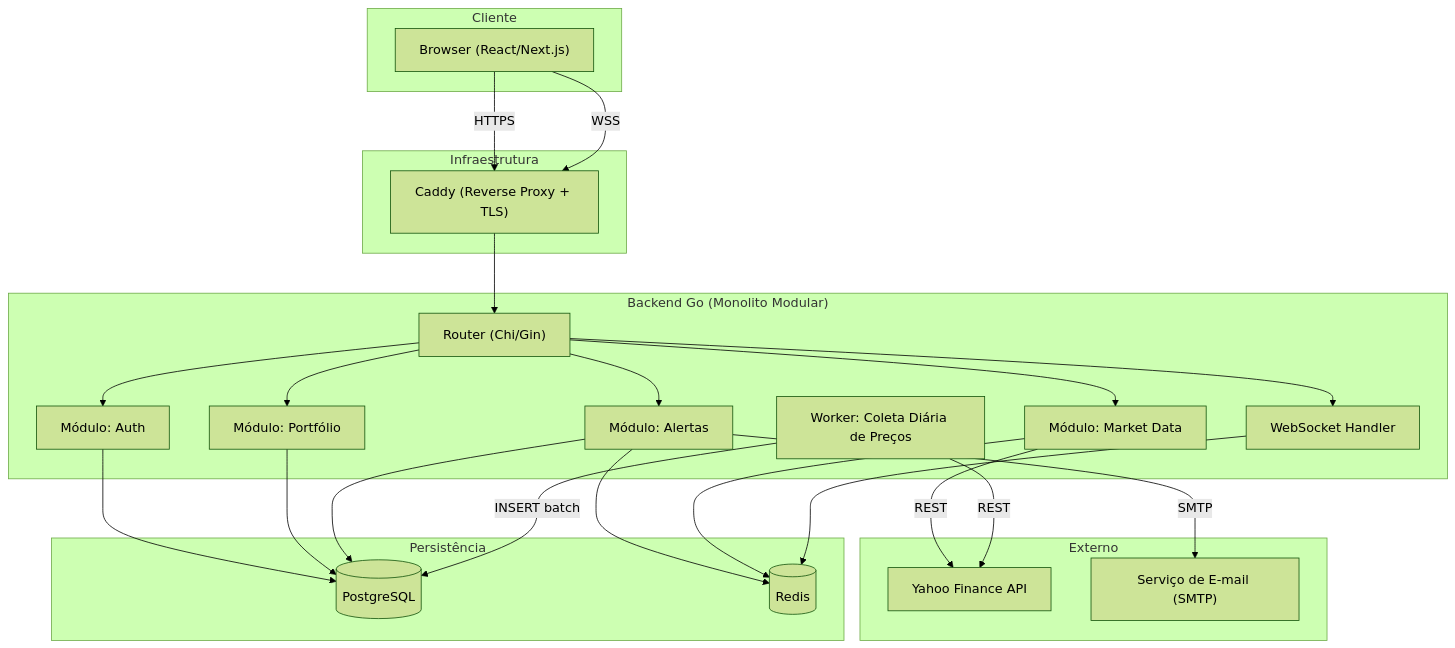
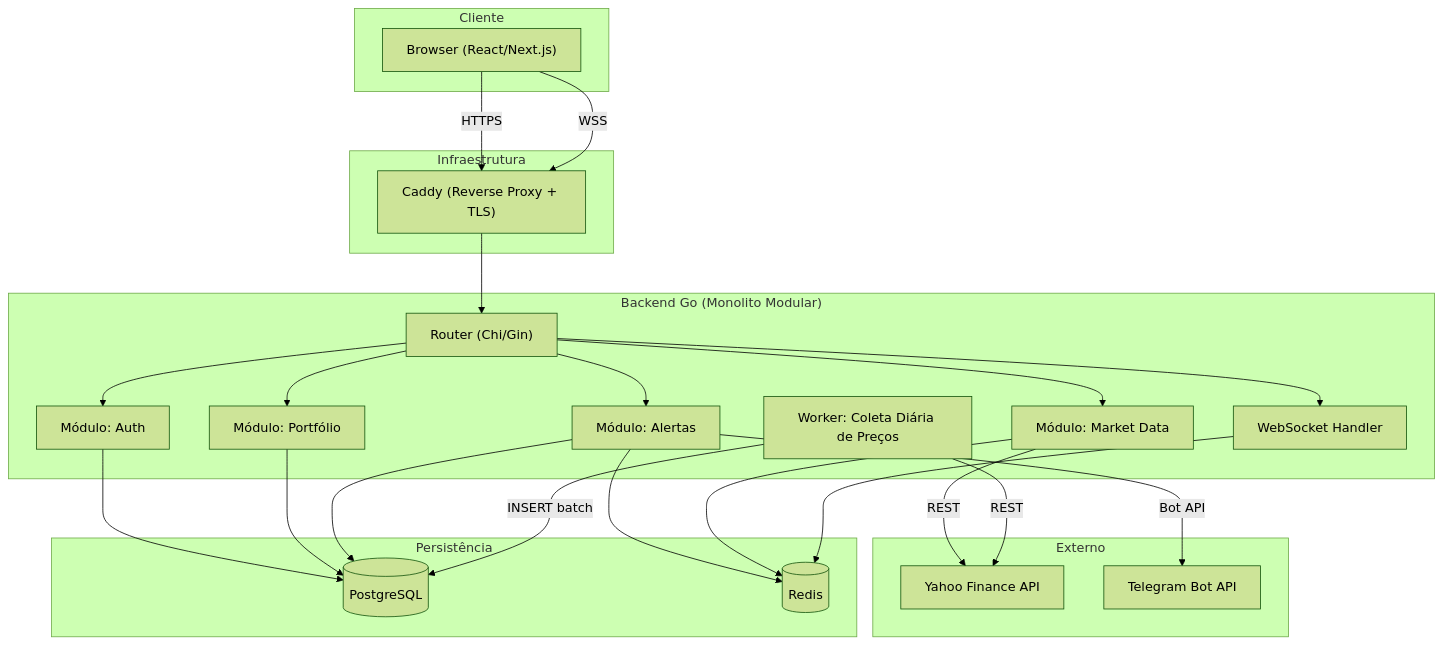
The first of 7 diagrams in docs/sdd_monitoramento_acoes.md (enakamura3/stock-pulse), drawn with Mermaid (forest theme) before and after one commit. The commit also changed other lines of this file and 5 other files, not shown here.

````diff
--- a/docs/sdd_monitoramento_acoes.md
+++ b/docs/sdd_monitoramento_acoes.md
@@ -130,55 +130,55 @@
 ```mermaid
 graph TD
     subgraph Cliente
         Browser["Browser (React/Next.js)"]
     end
 
     subgraph Infraestrutura
         Caddy["Caddy (Reverse Proxy + TLS)"]
     end
 
     subgraph "Backend Go (Monolito Modular)"
         Router["Router (Chi/Gin)"]
         AuthMod["Módulo: Auth"]
         PortfolioMod["Módulo: Portfólio"]
         MarketMod["Módulo: Market Data"]
         AlertMod["Módulo: Alertas"]
         WSHandler["WebSocket Handler"]
         PriceWorker["Worker: Coleta Diária de Preços"]
     end
 
     subgraph Persistência
         PG[(PostgreSQL)]
         RD[(Redis)]
     end
 
     subgraph Externo
         YahooAPI["Yahoo Finance API"]
-        SMTP["Serviço de E-mail (SMTP)"]
+        TelegramAPI["Telegram Bot API"]
     end
 
     Browser -->|HTTPS| Caddy
     Browser -->|WSS| Caddy
     Caddy --> Router
 
     Router --> AuthMod
     Router --> PortfolioMod
     Router --> MarketMod
     Router --> AlertMod
     Router --> WSHandler
 
     AuthMod --> PG
     PortfolioMod --> PG
     AlertMod --> PG
     AlertMod --> RD
 
     MarketMod --> RD
     MarketMod -->|REST| YahooAPI
 
     PriceWorker -->|REST| YahooAPI
     PriceWorker -->|INSERT batch| PG
 
     WSHandler --> RD
 
-    AlertMod -->|SMTP| SMTP
+    AlertMod -->|Bot API| TelegramAPI
 ```
````
